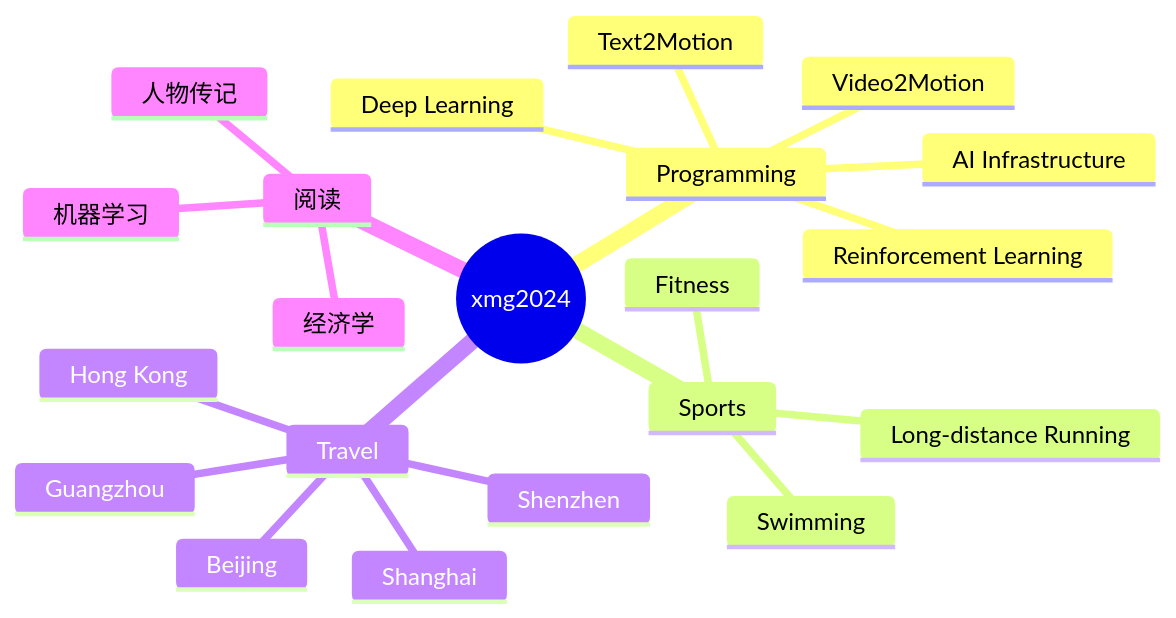
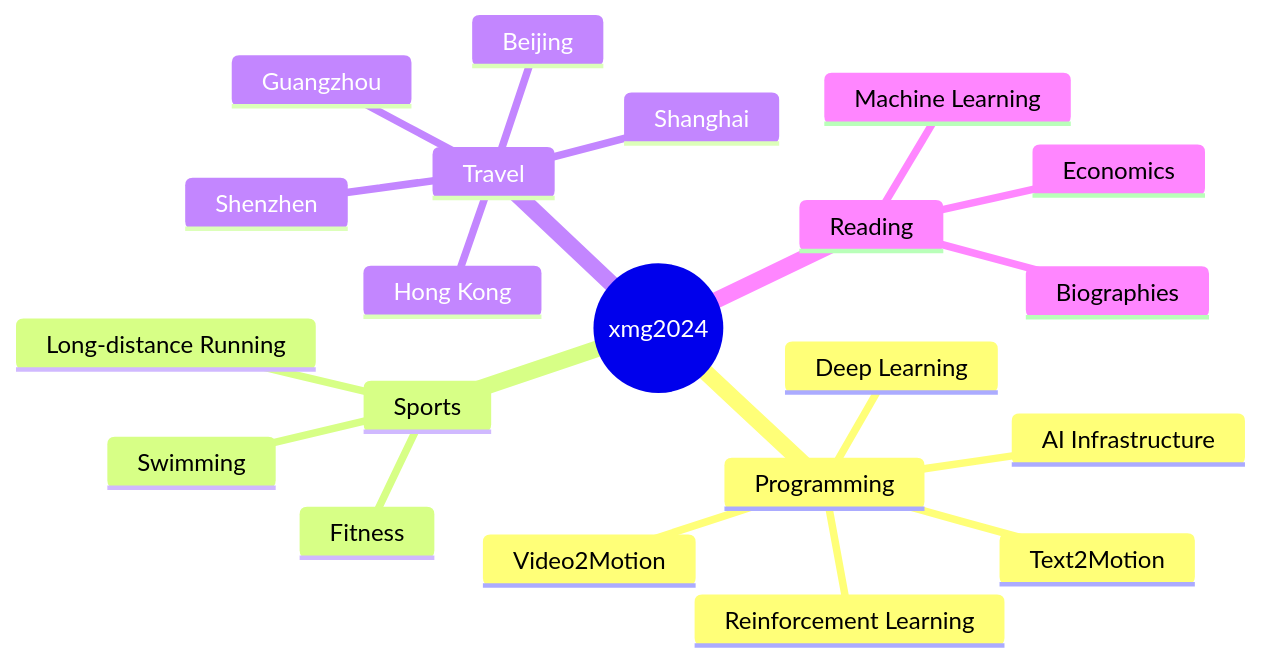
One commit to xmg2024/xmg2024 changed the diagram in README.md. Above: the diagram before and after it, drawn with Mermaid.

````diff
--- a/README.md
+++ b/README.md
@@ -51,24 +51,24 @@
 ```mermaid
 mindmap
   root((xmg2024))
     Programming
       Deep Learning
       Reinforcement Learning
       AI Infrastructure
       Text2Motion
       Video2Motion
     Sports
       Long-distance Running
       Swimming
       Fitness
     Travel
       Beijing
       Shenzhen
       Hong Kong
       Guangzhou
       Shanghai
-    阅读
-      人物传记
-      机器学习 
-      经济学
+    Reading
+      Biographies
+      Machine Learning 
+      Economics
 ```
````
